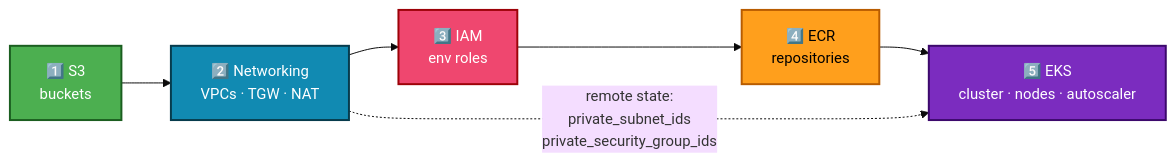
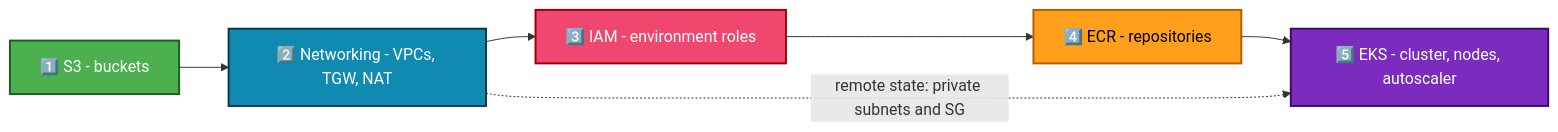
The third of 12 diagrams in Terraform-FinTech-Infra/README.md (muntaha747/FinTech-Enterprise-Project), drawn with Mermaid before and after one commit. The commit also changed other lines of this file and 1 other file, not shown here.

Commit message:
Fix README Mermaid diagrams, add interview notes; drop duplicate root EKS access entry [skip CI]

````diff
--- a/Terraform-FinTech-Infra/README.md
+++ b/Terraform-FinTech-Infra/README.md
@@ -92,15 +108,14 @@
 ```mermaid
-%%{init: {'theme':'base','themeVariables':{'fontSize':'15px'}}}%%
 flowchart LR
-    A[1️⃣ S3<br/>buckets]:::s3 --> B[2️⃣ Networking<br/>VPCs · TGW · NAT]:::net
-    B --> C[3️⃣ IAM<br/>env roles]:::iam
-    C --> D[4️⃣ ECR<br/>repositories]:::ecr
-    D --> E[5️⃣ EKS<br/>cluster · nodes · autoscaler]:::eks
-    B -. "remote state:<br/>private_subnet_ids<br/>private_security_group_ids" .-> E
+    A["1️⃣ S3 - buckets"]:::s3 --> B["2️⃣ Networking - VPCs, TGW, NAT"]:::net
+    B --> C["3️⃣ IAM - environment roles"]:::iam
+    C --> D["4️⃣ ECR - repositories"]:::ecr
+    D --> E["5️⃣ EKS - cluster, nodes, autoscaler"]:::eks
+    B -.->|"remote state: private subnets and SG"| E
 
     classDef s3  fill:#4CAF50,stroke:#1B5E20,color:#fff,stroke-width:2px
     classDef net fill:#118AB2,stroke:#073B4C,color:#fff,stroke-width:2px
     classDef iam fill:#EF476F,stroke:#9D0208,color:#fff,stroke-width:2px
     classDef ecr fill:#FF9F1C,stroke:#B85C00,color:#000,stroke-width:2px
     classDef eks fill:#7B2CBF,stroke:#3C096C,color:#fff,stroke-width:2px
 ```
````
